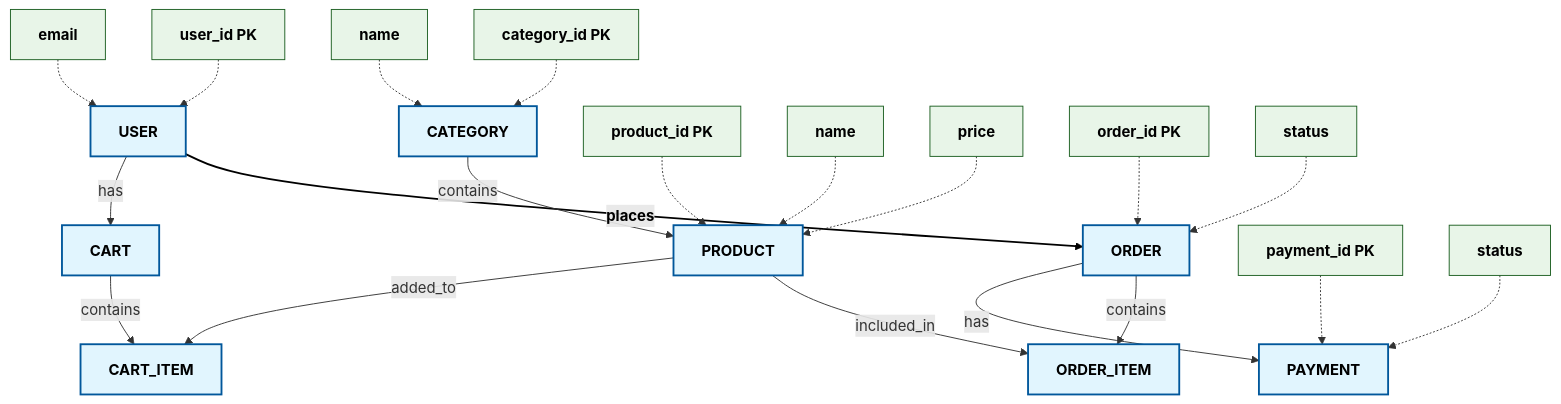
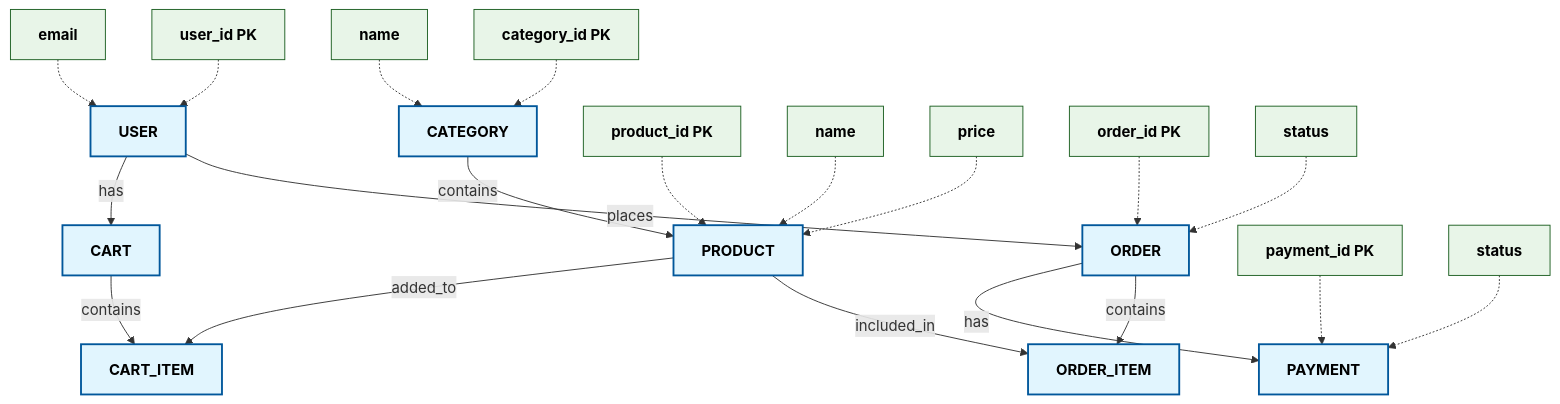
Before and after one commit to Vlad-b-g-Coder/BD1: the diagram in README.md, drawn with Mermaid.

````diff
--- a/README.md
+++ b/README.md
@@ -3,52 +3,51 @@
 ```mermaid
 flowchart TD
     %% Сущности
     USER[USER]
     CATEGORY[CATEGORY]
     PRODUCT[PRODUCT]
     CART[CART]
     ORDER[ORDER]
     PAYMENT[PAYMENT]
     CART_ITEM[CART_ITEM]
     ORDER_ITEM[ORDER_ITEM]
     
     %% Связи
     USER -->|places| ORDER
     USER -->|has| CART
     CATEGORY -->|contains| PRODUCT
     CART -->|contains| CART_ITEM
     ORDER -->|contains| ORDER_ITEM
     PRODUCT -->|included_in| ORDER_ITEM
     ORDER -->|has| PAYMENT
     PRODUCT -->|added_to| CART_ITEM
     
     %% Основные атрибуты
     USER_ID[user_id PK] -.-> USER
     USER_EMAIL[email] -.-> USER
     
     CATEGORY_ID[category_id PK] -.-> CATEGORY
     CATEGORY_NAME[name] -.-> CATEGORY
     
     PRODUCT_ID[product_id PK] -.-> PRODUCT
     PRODUCT_NAME[name] -.-> PRODUCT
     PRODUCT_PRICE[price] -.-> PRODUCT
     
     ORDER_ID[order_id PK] -.-> ORDER
     ORDER_STATUS[status] -.-> ORDER
     
     PAYMENT_ID[payment_id PK] -.-> PAYMENT
     PAYMENT_STATUS[status] -.-> PAYMENT
     
     %% Стили
     classDef allBlack color:#000000,font-weight:bold,stroke:#000000
     class USER,CATEGORY,PRODUCT,CART,ORDER,PAYMENT,CART_ITEM,ORDER_ITEM,USER_ID,USER_EMAIL,CATEGORY_ID,CATEGORY_NAME,PRODUCT_ID,PRODUCT_NAME,PRODUCT_PRICE,ORDER_ID,ORDER_STATUS,PAYMENT_ID,PAYMENT_STATUS allBlack
     classDef blackText fill:#e1f5fe,stroke:#01579b,color:#000000,font-weight:bold
     class USER,CATEGORY,PRODUCT,ORDER blackText
-    linkStyle 0 stroke:#000000,stroke-width:2px,color:#000000,font-weight:bold
     classDef entity fill:#e1f5fe,stroke:#01579b,stroke-width:2px
     classDef relationship fill:#f3e5f5,stroke:#4a148c,stroke-width:1px
     classDef attribute fill:#e8f5e8,stroke:#1b5e20,stroke-width:1px
     
     class USER,CATEGORY,PRODUCT,CART,ORDER,PAYMENT,CART_ITEM,ORDER_ITEM entity
     class USER_ID,USER_EMAIL,CATEGORY_ID,CATEGORY_NAME,PRODUCT_ID,PRODUCT_NAME,PRODUCT_PRICE,ORDER_ID,ORDER_STATUS,PAYMENT_ID,PAYMENT_STATUS attribute
 ```
````
